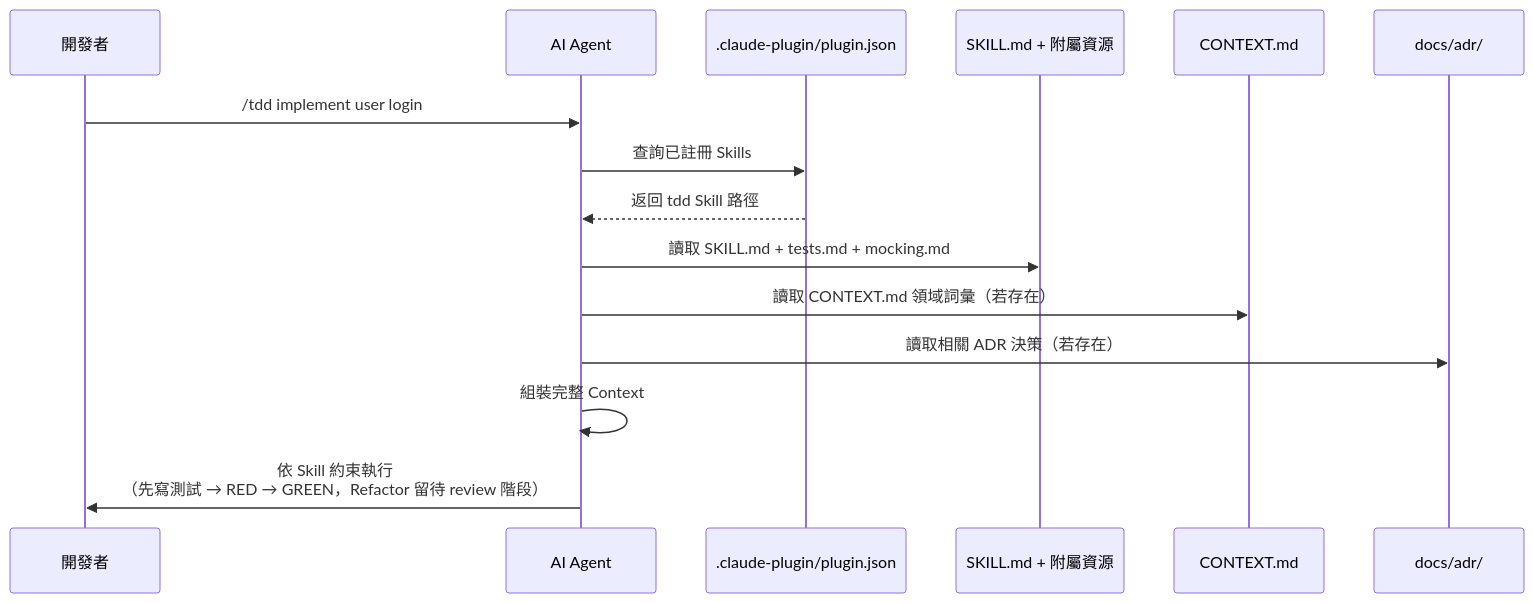
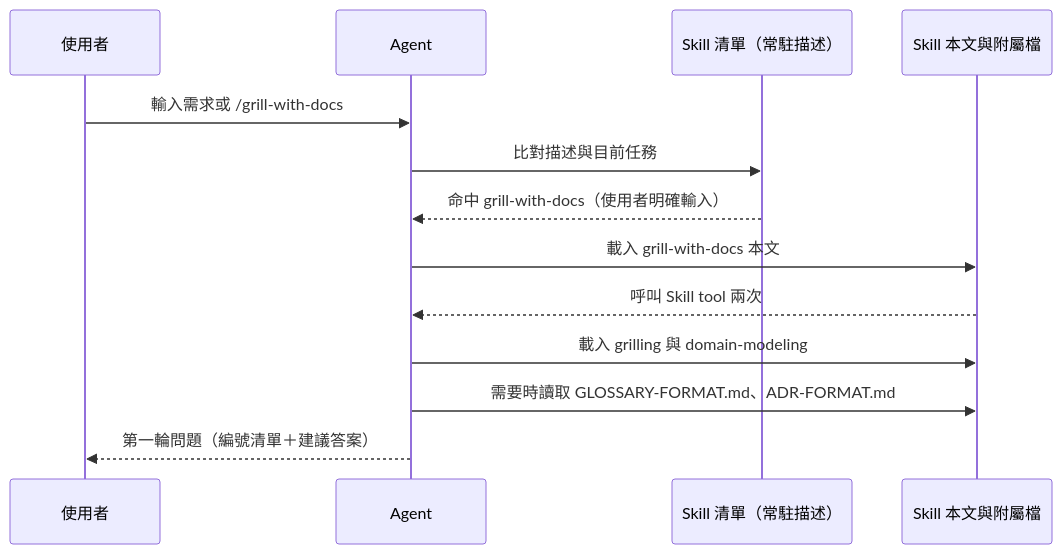
The second of 14 diagrams in content/posts/教學/AI開發/mattpocock skills 教學手冊.md (chihhung/Blog), drawn with Mermaid before and after one commit. The commit also changed other lines of this file and 1 other file, not shown here.

Commit message:
docs: update copilot cli and mattpocock skills doc

````diff
--- a/content/posts/教學/AI開發/mattpocock skills 教學手冊.md
+++ b/content/posts/教學/AI開發/mattpocock skills 教學手冊.md
@@ -861,18 +536,15 @@
 ```mermaid
 sequenceDiagram
-    participant Dev as 開發者
-    participant Agent as AI Agent
-    participant Plugin as .claude-plugin/plugin.json
-    participant Skill as SKILL.md + 附屬資源
-    participant Ctx as CONTEXT.md
-    participant ADR as docs/adr/
-
-    Dev->>Agent: /tdd implement user login
-    Agent->>Plugin: 查詢已註冊 Skills
-    Plugin-->>Agent: 返回 tdd Skill 路徑
-    Agent->>Skill: 讀取 SKILL.md + tests.md + mocking.md
-    Agent->>Ctx: 讀取 CONTEXT.md 領域詞彙（若存在）
-    Agent->>ADR: 讀取相關 ADR 決策（若存在）
-    Agent->>Agent: 組裝完整 Context
-    Agent->>Dev: 依 Skill 約束執行<br/>（先寫測試 → RED → GREEN，Refactor 留待 review 階段）
+    participant U as 使用者
+    participant A as Agent
+    participant R as Skill 清單（常駐描述）
+    participant S as Skill 本文與附屬檔
+    U->>A: 輸入需求或 /grill-with-docs
+    A->>R: 比對描述與目前任務
+    R-->>A: 命中 grill-with-docs（使用者明確輸入）
+    A->>S: 載入 grill-with-docs 本文
+    S-->>A: 呼叫 Skill tool 兩次
+    A->>S: 載入 grilling 與 domain-modeling
+    A->>S: 需要時讀取 GLOSSARY-FORMAT.md、ADR-FORMAT.md
+    A-->>U: 第一輪問題（編號清單＋建議答案）
 ```
````
